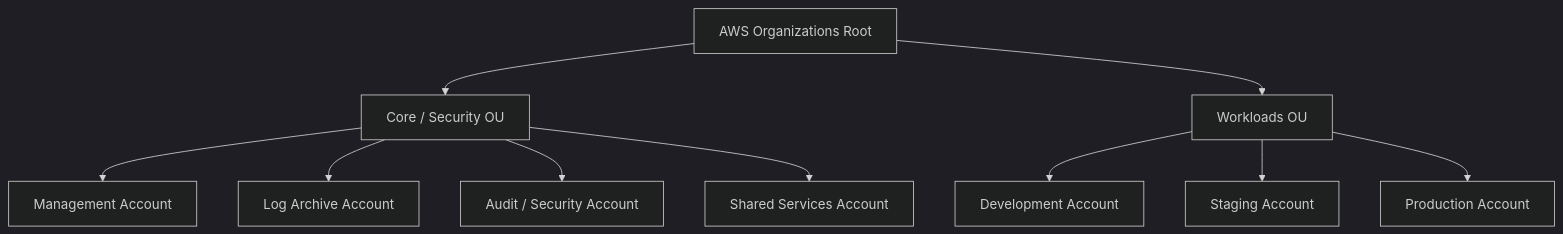
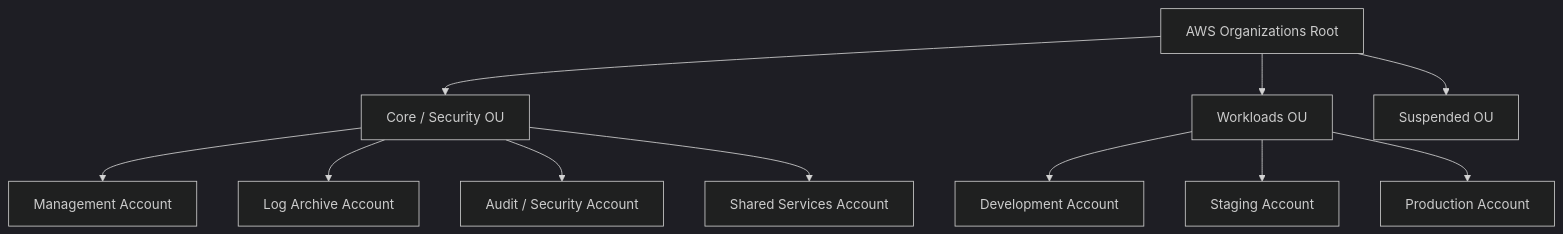
The first of 2 diagrams in README.md (shadow-architect-dev/aws-landing-zone), drawn with Mermaid (dark theme) before and after one commit.

Commit message:
docs: Update README.md Mermaid diagram to include Suspended OU

````diff
--- a/README.md
+++ b/README.md
@@ -13,15 +13,16 @@
 ```mermaid
 graph TD
     Root[AWS Organizations Root]
     Root --> CoreOU[Core / Security OU]
     Root --> WorkloadsOU[Workloads OU]
+    Root --> SuspendedOU[Suspended OU]
     
     CoreOU --> Management[Management Account]
     CoreOU --> LogArchive[Log Archive Account]
     CoreOU --> Audit[Audit / Security Account]
     CoreOU --> SharedServices[Shared Services Account]
     
     WorkloadsOU --> Dev[Development Account]
     WorkloadsOU --> Stg[Staging Account]
     WorkloadsOU --> Prod[Production Account]
 ```
````
